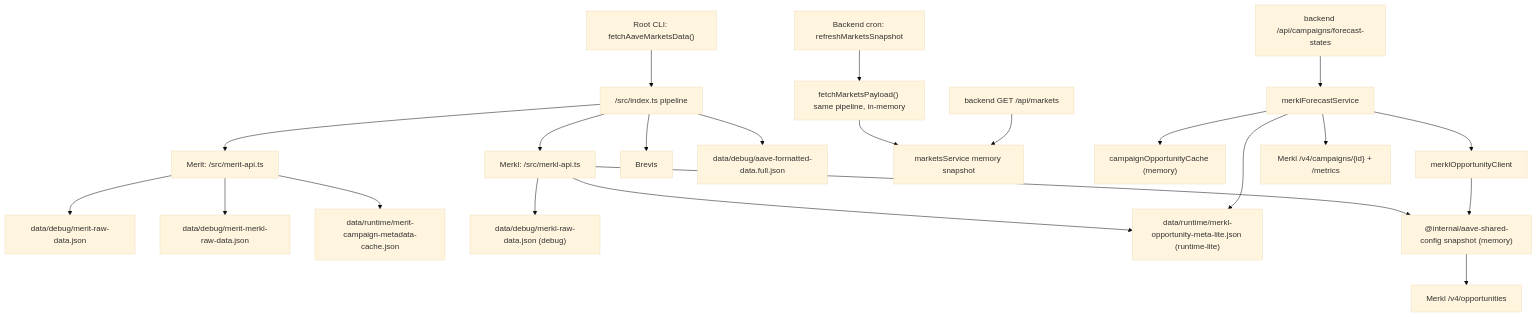
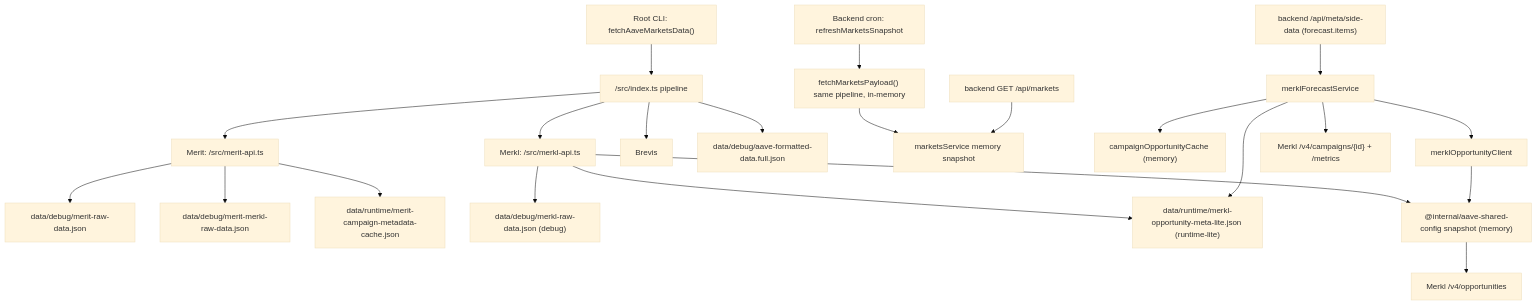
Before and after one commit to 0xPabloLI/aave-protocol-analysis: the fourth of 7 diagrams in docs/merkl-merit-cache-architecture.md, drawn with Mermaid (base theme). The commit also changed other lines of this file and 15 other files, not shown here.

First line of the commit message:
Enhance fallback mechanisms for Merkl and CoinGecko data retrieval

````diff
--- a/docs/merkl-merit-cache-architecture.md
+++ b/docs/merkl-merit-cache-architecture.md
@@ -93,24 +93,24 @@
 ```mermaid
 flowchart TD
   A["Root CLI: fetchAaveMarketsData()"] --> B["/src/index.ts pipeline"]
   B --> C["Merit: /src/merit-api.ts"]
   B --> D["Merkl: /src/merkl-api.ts"]
   B --> E["Brevis"]
   C --> F["data/debug/merit-raw-data.json"]
   C --> G["data/debug/merit-merkl-raw-data.json"]
   C --> H["data/runtime/merit-campaign-metadata-cache.json"]
   D --> I["data/debug/merkl-raw-data.json (debug)"]
   D --> J["data/runtime/merkl-opportunity-meta-lite.json (runtime-lite)"]
   D --> R["@internal/aave-shared-config snapshot (memory)"]
    B --> K["data/debug/aave-formatted-data.full.json"]
   CRON["Backend cron: refreshMarketsSnapshot"] --> MP["fetchMarketsPayload() same pipeline, in-memory"]
   MP --> MS["marketsService memory snapshot"]
   L["backend GET /api/markets"] --> MS
-  N["backend /api/campaigns/forecast-states"] --> O["merklForecastService"]
+  N["backend /api/meta/side-data (forecast.items)"] --> O["merklForecastService"]
   O --> P["campaignOpportunityCache (memory)"]
   O --> J
   O --> Q["merklOpportunityClient"]
   Q --> R
   R --> S["Merkl /v4/opportunities"]
   O --> T["Merkl /v4/campaigns/{id} + /metrics"]
 ```
````
